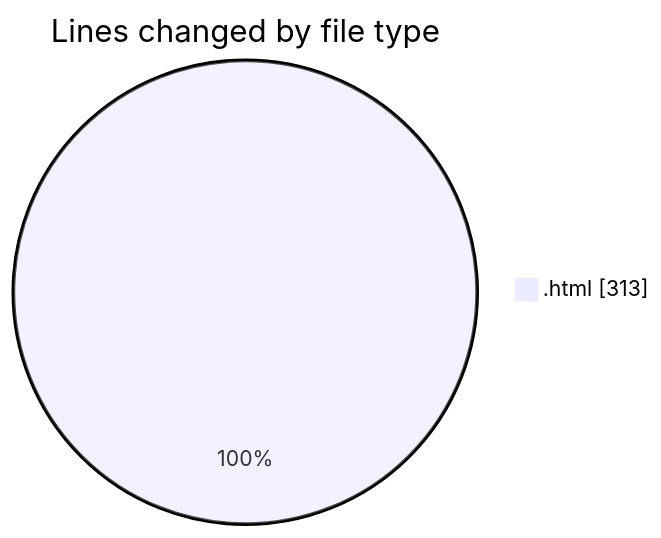
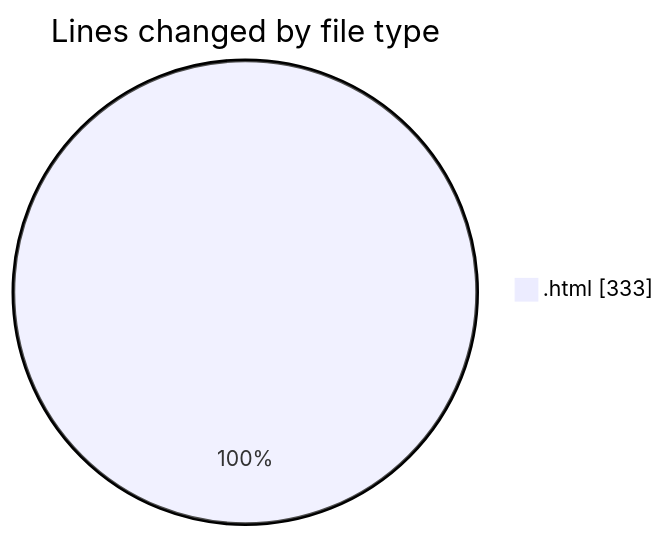
The first of 2 diagrams in 2025-05-23/projects/README.md (Ritupan-Deka/code-tracking), drawn with Mermaid before and after one commit. The commit also changed other lines of this file and 1 other file, not shown here.

````diff
--- a/2025-05-23/projects/README.md
+++ b/2025-05-23/projects/README.md
@@ -20,5 +20,5 @@
 ```mermaid
 pie showData
 title Lines changed by file type
-".html" : 313
+".html" : 333
 ```
````
